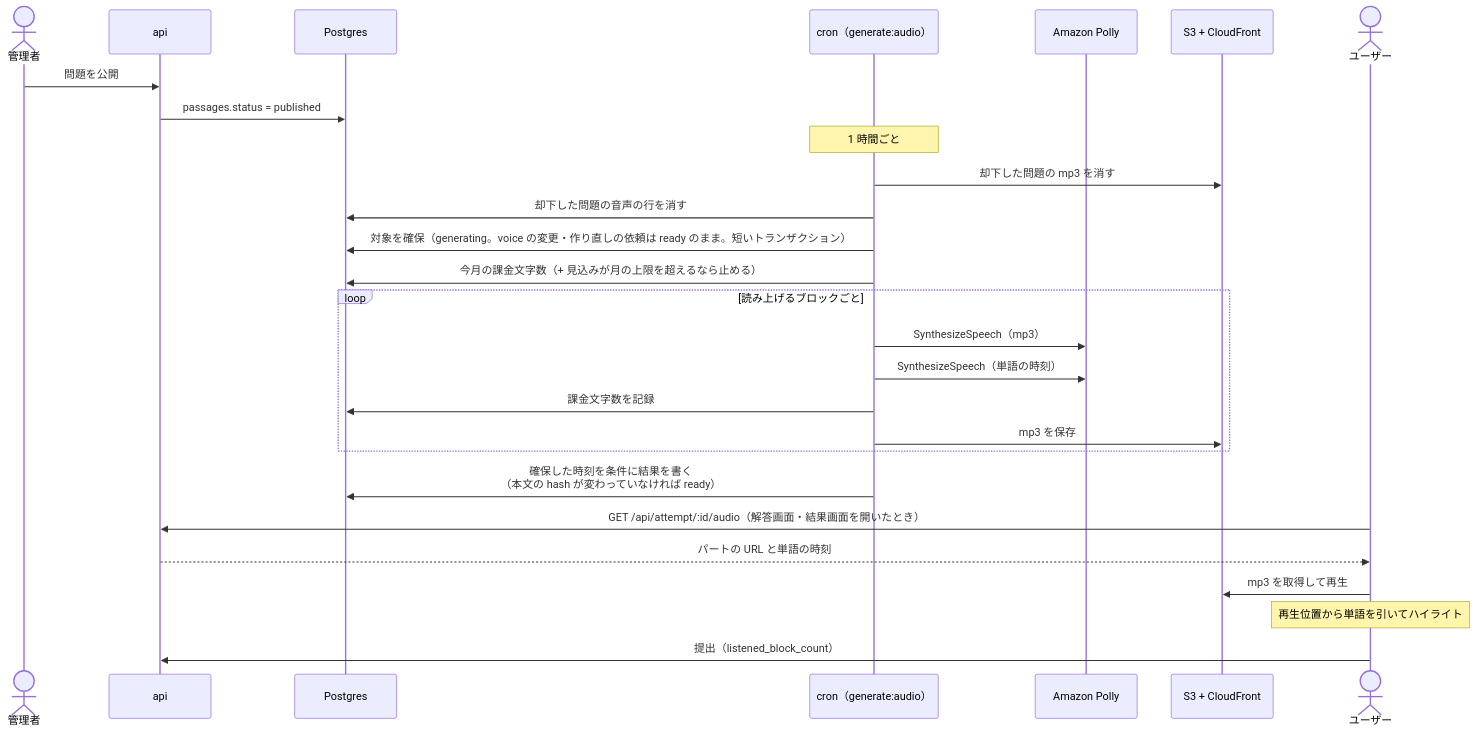
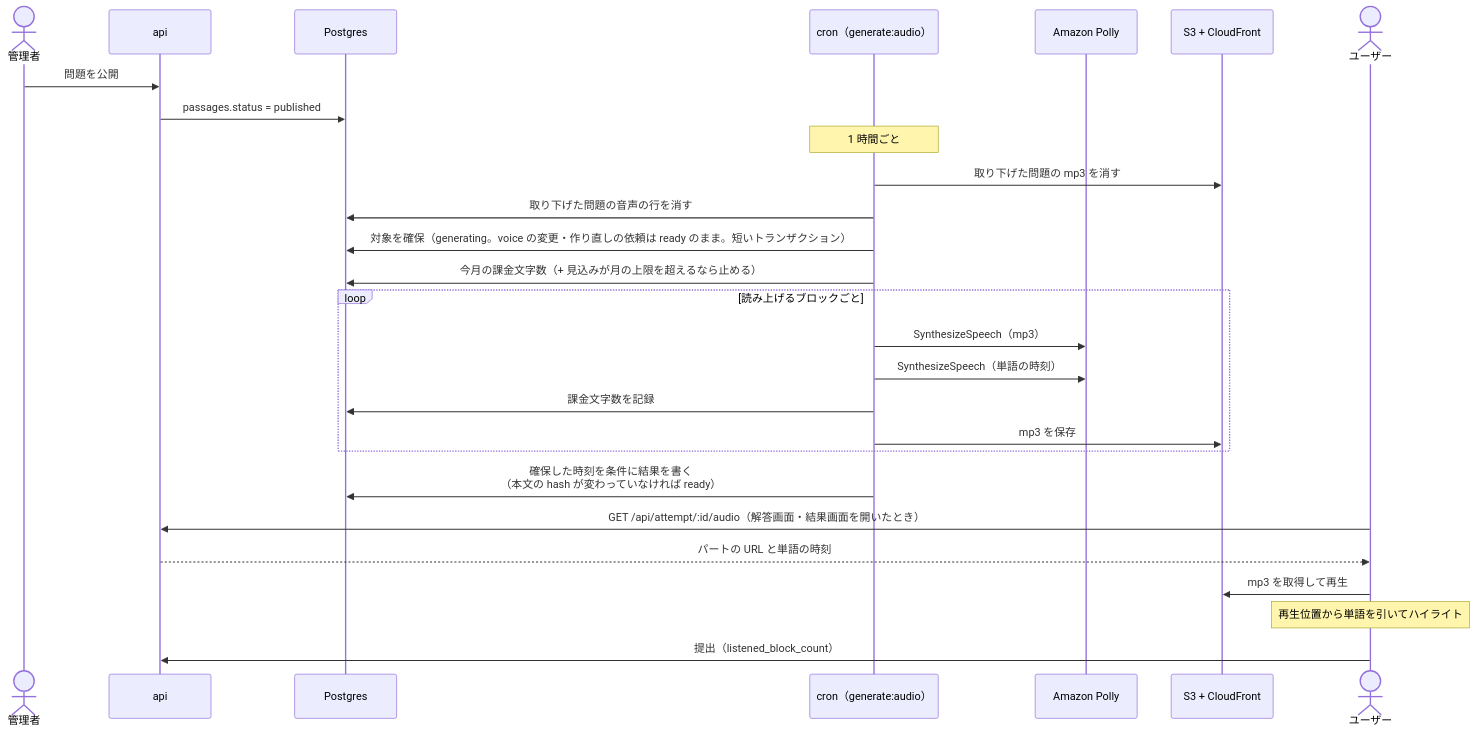
One commit to kentakki416/tech-english changed the third of 3 diagrams in docs/spec/read-aloud/README.md. Above: the diagram before and after it, drawn with Mermaid. The commit also changed 8 other files, not shown here.

````diff
--- a/docs/spec/read-aloud/README.md
+++ b/docs/spec/read-aloud/README.md
@@ -609,30 +609,30 @@
 ```mermaid
 sequenceDiagram
     actor Admin as 管理者
     participant API as api
     participant DB as Postgres
     participant Cron as cron（generate:audio）
     participant Polly as Amazon Polly
     participant S3 as S3 + CloudFront
     actor User as ユーザー
 
     Admin->>API: 問題を公開
     API->>DB: passages.status = published
     Note over Cron: 1 時間ごと
-    Cron->>S3: 却下した問題の mp3 を消す
-    Cron->>DB: 却下した問題の音声の行を消す
+    Cron->>S3: 取り下げた問題の mp3 を消す
+    Cron->>DB: 取り下げた問題の音声の行を消す
     Cron->>DB: 対象を確保（generating。voice の変更・作り直しの依頼は ready のまま。短いトランザクション）
     Cron->>DB: 今月の課金文字数（+ 見込みが月の上限を超えるなら止める）
     loop 読み上げるブロックごと
         Cron->>Polly: SynthesizeSpeech（mp3）
         Cron->>Polly: SynthesizeSpeech（単語の時刻）
         Cron->>DB: 課金文字数を記録
         Cron->>S3: mp3 を保存
     end
     Cron->>DB: 確保した時刻を条件に結果を書く<br/>（本文の hash が変わっていなければ ready）
     User->>API: GET /api/attempt/:id/audio（解答画面・結果画面を開いたとき）
     API-->>User: パートの URL と単語の時刻
     User->>S3: mp3 を取得して再生
     Note over User: 再生位置から単語を引いてハイライト
     User->>API: 提出（listened_block_count）
 ```
````
